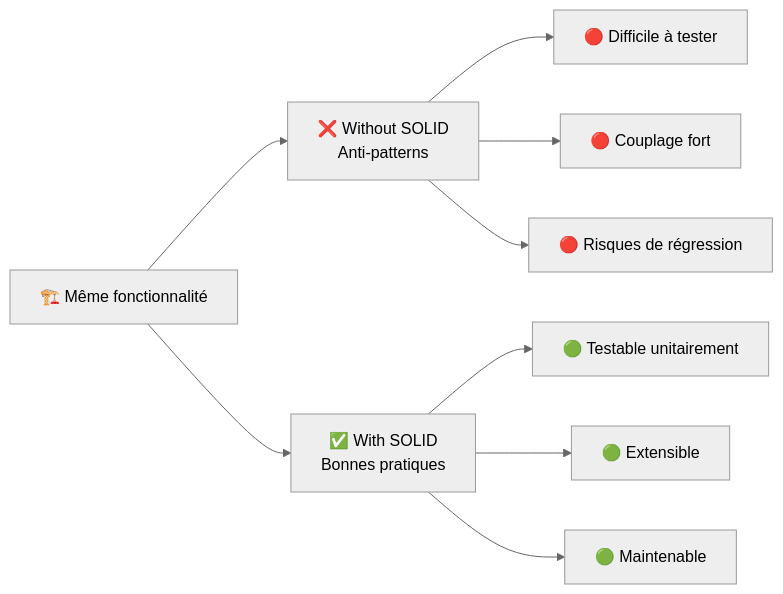
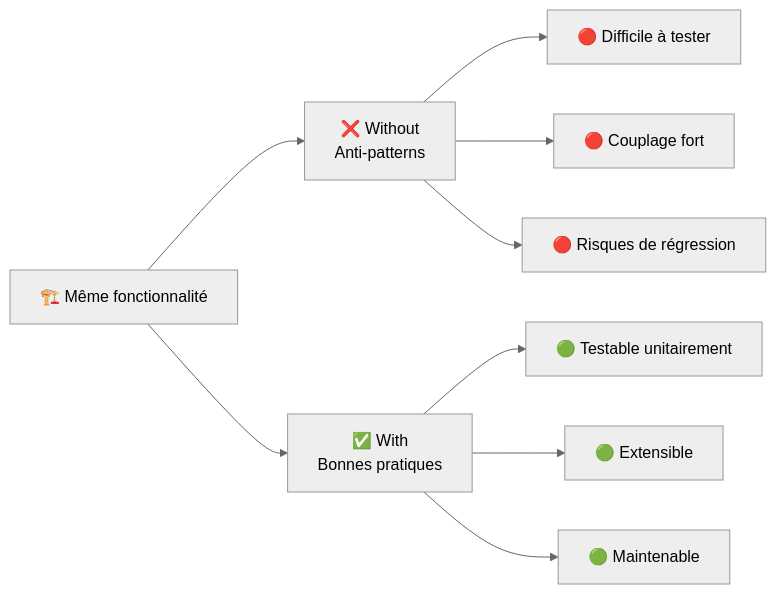
Before and after one commit to AnthonyDegroote/SoftwareCraftLab: the first of 5 diagrams in README.FR.md, drawn with Mermaid (neutral theme). The commit also changed other lines of this file and 1 other file, not shown here.

````diff
--- a/README.FR.md
+++ b/README.FR.md
@@ -16,11 +14,11 @@
 ```mermaid
 graph LR
-    A["🏗️ Même fonctionnalité"] --> B["❌ Without SOLID<br/>Anti-patterns"]
-    A --> C["✅ With SOLID<br/>Bonnes pratiques"]
+    A["🏗️ Même fonctionnalité"] --> B["❌ Without<br/>Anti-patterns"]
+    A --> C["✅ With<br/>Bonnes pratiques"]
     B --> D["🔴 Difficile à tester"]
     B --> E["🔴 Couplage fort"]
     B --> F["🔴 Risques de régression"]
     C --> G["🟢 Testable unitairement"]
     C --> H["🟢 Extensible"]
     C --> I["🟢 Maintenable"]
 ```
````
